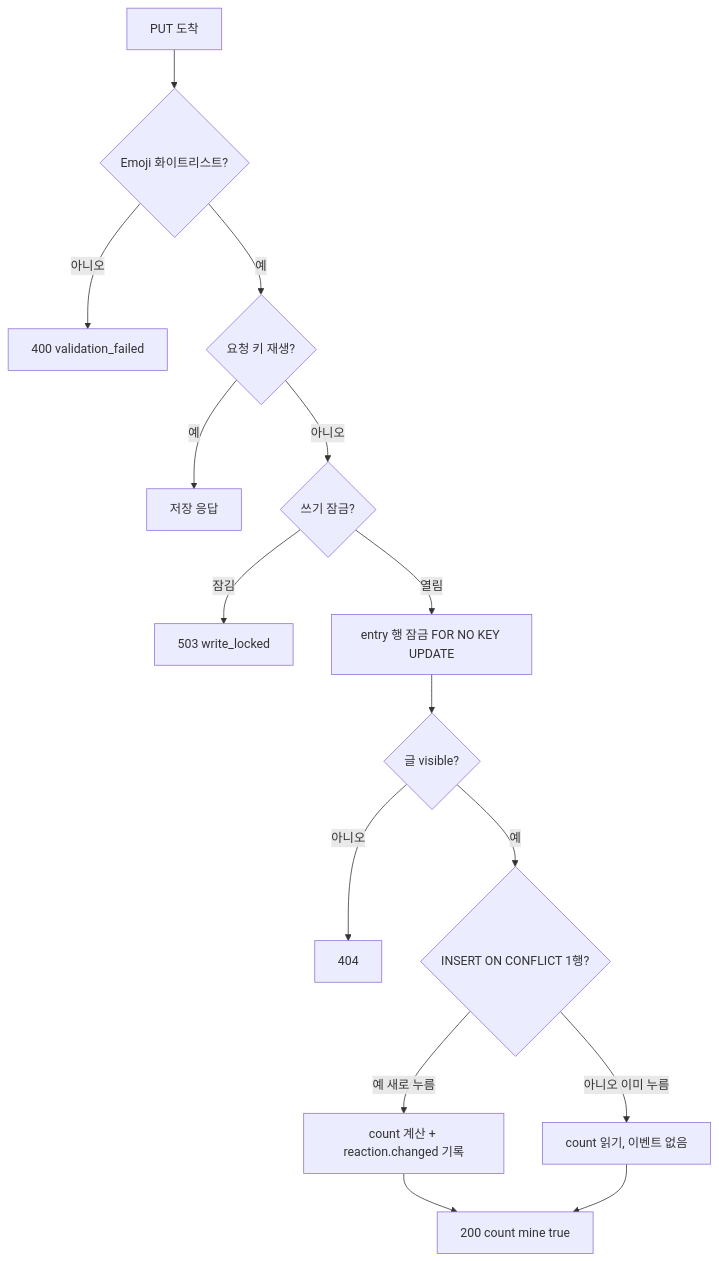
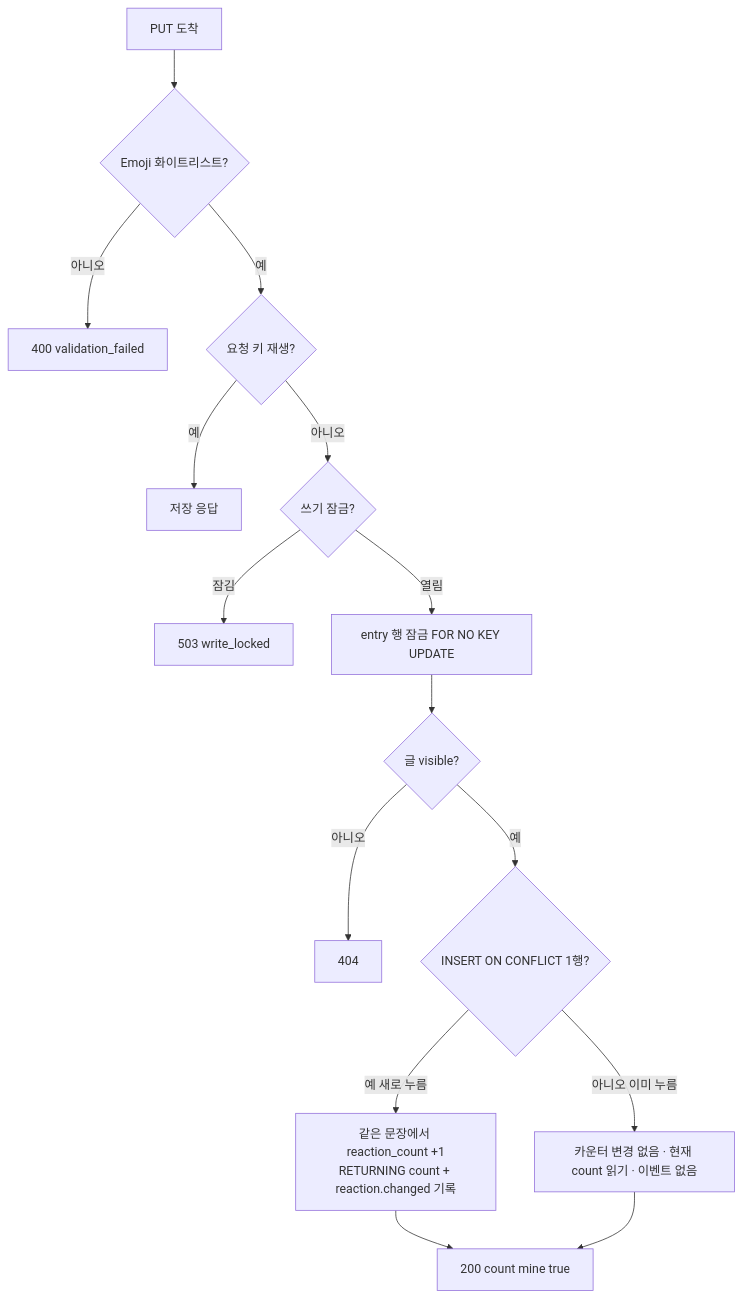
Before and after one commit to 1985jwlee/portpolio_backend: diagram 21 of 43 in docs/design/features/11-guestbook-write.md, drawn with Mermaid. The commit also changed other lines of this file and 23 other files, not shown here.

````diff
--- a/docs/design/features/11-guestbook-write.md
+++ b/docs/design/features/11-guestbook-write.md
@@ -1147,17 +1219,17 @@
 ```mermaid
 flowchart TD
     A["PUT 도착"] --> B{"Emoji 화이트리스트?"}
     B -- "아니오" --> E1["400 validation_failed"]
     B -- "예" --> C{"요청 키 재생?"}
     C -- "예" --> RP["저장 응답"]
     C -- "아니오" --> D{"쓰기 잠금?"}
     D -- "잠김" --> E2["503 write_locked"]
     D -- "열림" --> F["entry 행 잠금 FOR NO KEY UPDATE"]
     F --> G{"글 visible?"}
     G -- "아니오" --> E3["404"]
     G -- "예" --> H{"INSERT ON CONFLICT 1행?"}
-    H -- "예 새로 누름" --> I["count 계산 + reaction.changed 기록"]
-    H -- "아니오 이미 누름" --> J["count 읽기, 이벤트 없음"]
+    H -- "예 새로 누름" --> I["같은 문장에서 reaction_count +1<br/>RETURNING count + reaction.changed 기록"]
+    H -- "아니오 이미 누름" --> J["카운터 변경 없음 · 현재 count 읽기 · 이벤트 없음"]
     I --> OK["200 count mine true"]
     J --> OK
 ```
````
